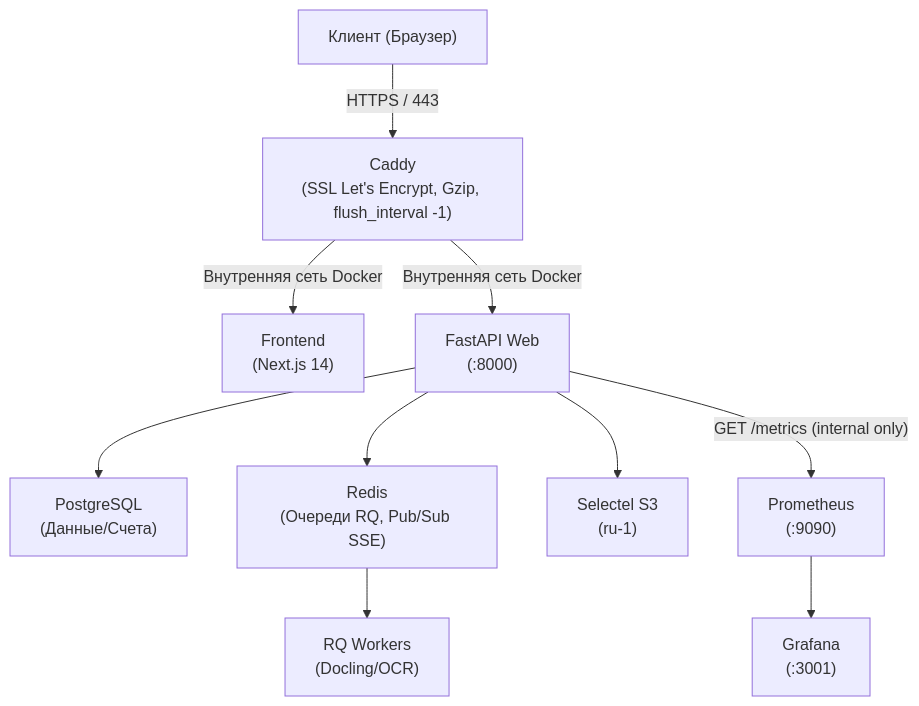
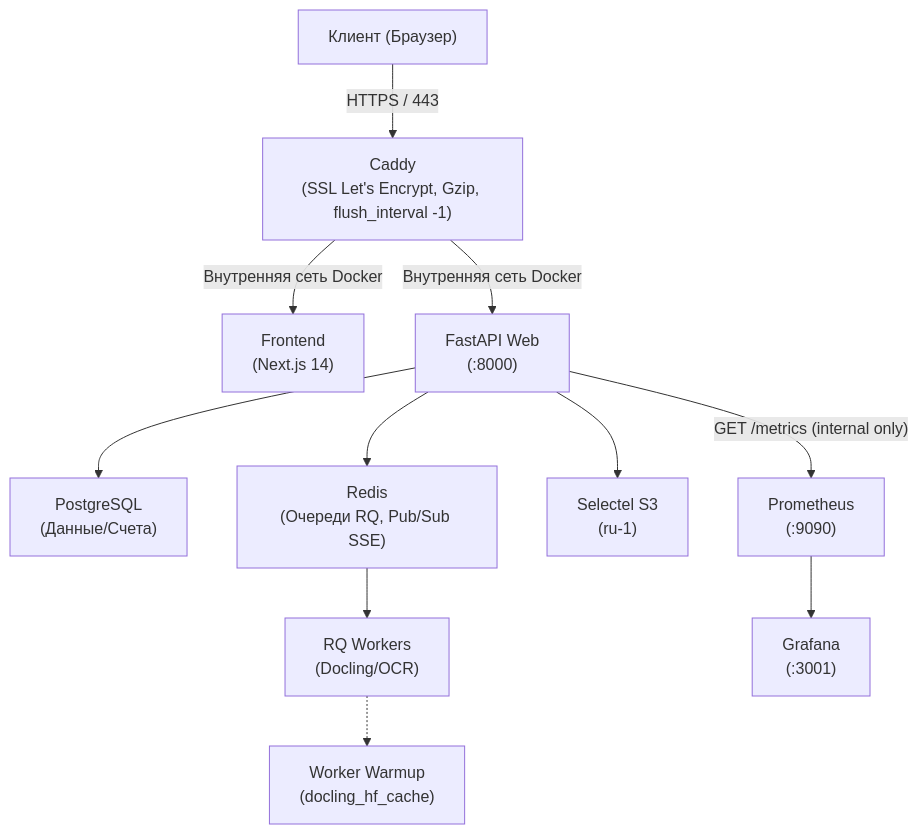
The diagram in docs/TECH.md (catishe-catalogue/clean-doc), drawn with Mermaid before and after one commit. The commit also changed other lines of this file and 32 other files, not shown here.

````diff
--- a/docs/TECH.md
+++ b/docs/TECH.md
@@ -697,29 +704,31 @@
 ```mermaid
 flowchart TB
     Client["Клиент (Браузер)"]
 
     Caddy["Caddy<br/>(SSL Let's Encrypt, Gzip, flush_interval -1)"]
 
     Frontend["Frontend<br/>(Next.js 14)"]
     FastAPI["FastAPI Web<br/>(:8000)"]
 
     Postgres["PostgreSQL<br/>(Данные/Счета)"]
     Redis["Redis<br/>(Очереди RQ, Pub/Sub SSE)"]
     S3["Selectel S3<br/>(ru-1)"]
     Workers["RQ Workers<br/>(Docling/OCR)"]
+    Warmup["Worker Warmup<br/>(docling_hf_cache)"]
     Prometheus["Prometheus<br/>(:9090)"]
     Grafana["Grafana<br/>(:3001)"]
 
     Client -->|HTTPS / 443| Caddy
 
     Caddy -->|Внутренняя сеть Docker| Frontend
     Caddy -->|Внутренняя сеть Docker| FastAPI
 
     FastAPI --> Postgres
     FastAPI --> Redis
     FastAPI --> S3
     FastAPI -->|"GET /metrics (internal only)"| Prometheus
 
     Redis --> Workers
+    Workers -.-> Warmup
     Prometheus --> Grafana
 ```
````
